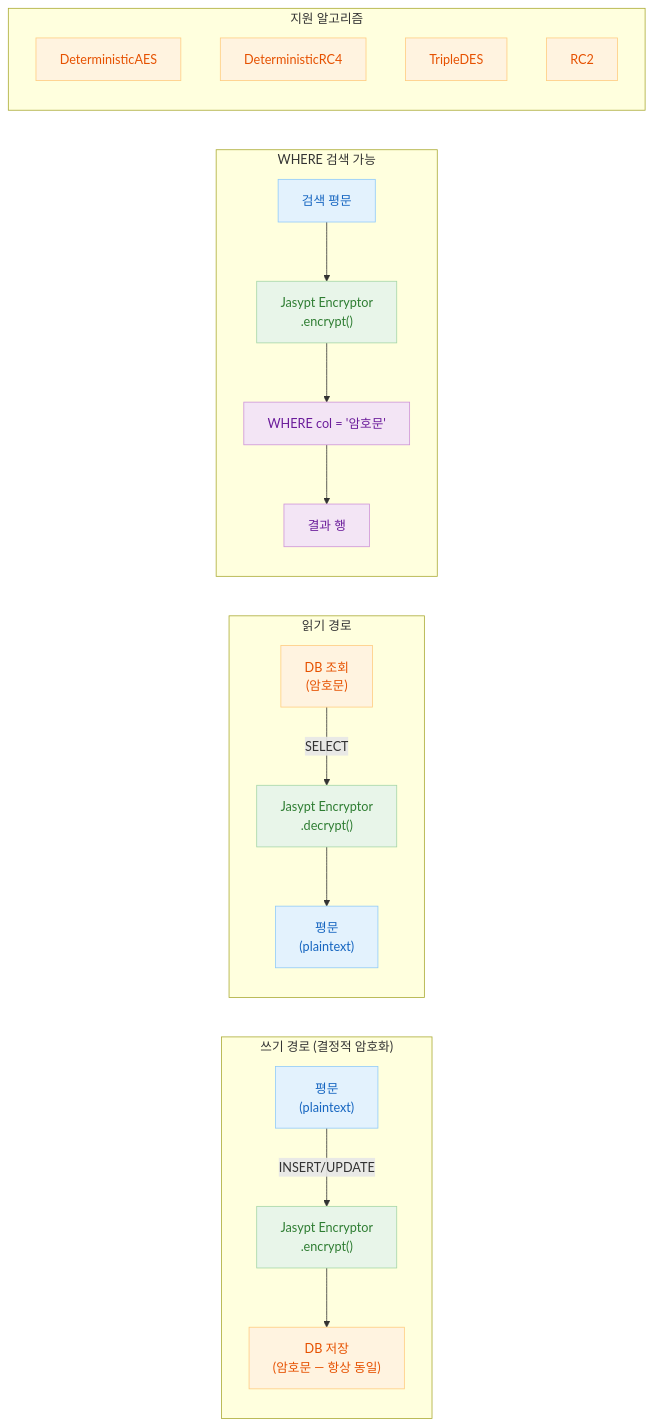
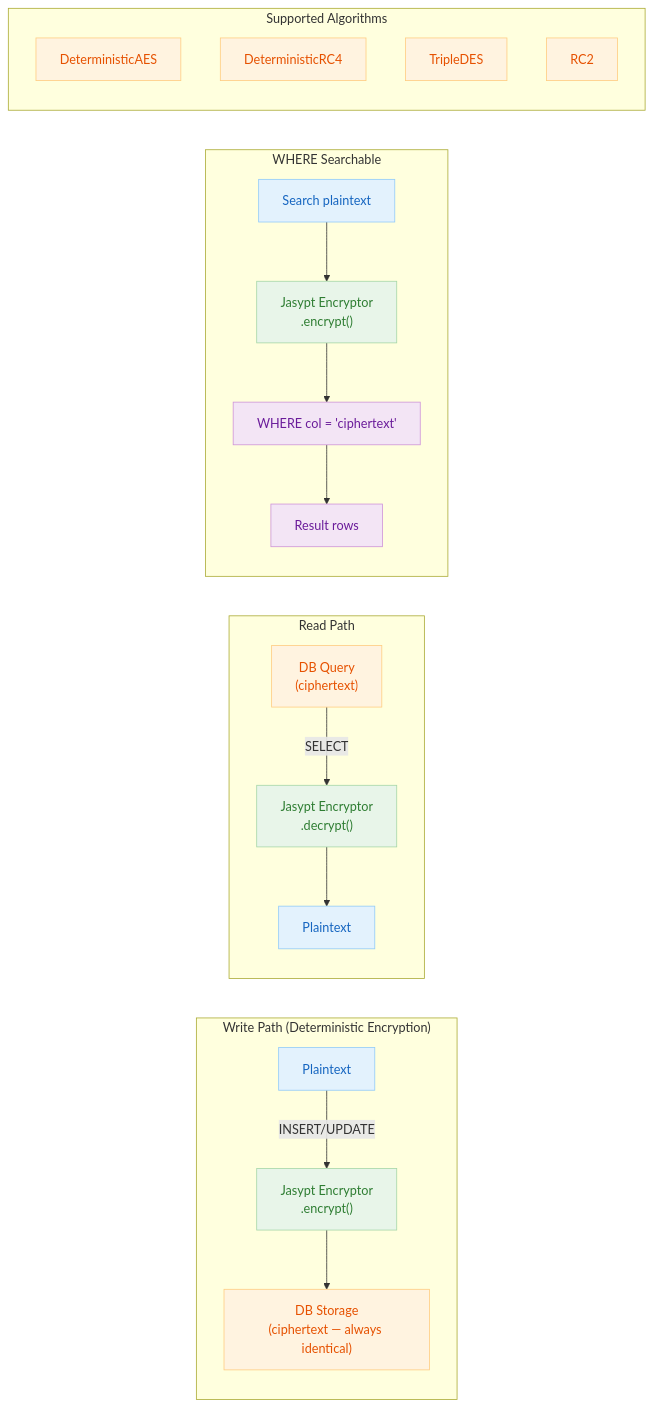
Before and after one commit to bluetape4k/exposed-workshop: the diagram in 06-advanced/10-exposed-jasypt/README.md, drawn with Mermaid. The commit also changed other lines of this file and 115 other files, not shown here.

````diff
--- a/06-advanced/10-exposed-jasypt/README.md
+++ b/06-advanced/10-exposed-jasypt/README.md
@@ -19,43 +21,43 @@
 ```mermaid
 flowchart LR
-    subgraph Write["쓰기 경로 (결정적 암호화)"]
-        PT1["평문\n(plaintext)"]
+    subgraph Write["Write Path (Deterministic Encryption)"]
+        PT1["Plaintext"]
         JENC["Jasypt Encryptor\n.encrypt()"]
-        DB_W["DB 저장\n(암호문 — 항상 동일)"]
+        DB_W["DB Storage\n(ciphertext — always identical)"]
     end
 
-    subgraph Read["읽기 경로"]
-        DB_R["DB 조회\n(암호문)"]
+    subgraph Read["Read Path"]
+        DB_R["DB Query\n(ciphertext)"]
         JDEC["Jasypt Encryptor\n.decrypt()"]
-        PT2["평문\n(plaintext)"]
+        PT2["Plaintext"]
     end
 
-    subgraph Search["WHERE 검색 가능"]
-        PT3["검색 평문"]
+    subgraph Search["WHERE Searchable"]
+        PT3["Search plaintext"]
         JENC2["Jasypt Encryptor\n.encrypt()"]
-        WHERE["WHERE col = '암호문'"]
-        RESULT["결과 행"]
+        WHERE["WHERE col = 'ciphertext'"]
+        RESULT["Result rows"]
     end
 
     PT1 -->|INSERT/UPDATE| JENC --> DB_W
     DB_R -->|SELECT| JDEC --> PT2
     PT3 --> JENC2 --> WHERE --> RESULT
 
-    subgraph Algorithms["지원 알고리즘"]
+    subgraph Algorithms["Supported Algorithms"]
         AES["DeterministicAES"]
         RC4["DeterministicRC4"]
         TDES["TripleDES"]
         RC2["RC2"]
     end
 
     classDef blue fill:#E3F2FD,stroke:#90CAF9,color:#1565C0
     classDef green fill:#E8F5E9,stroke:#A5D6A7,color:#2E7D32
     classDef orange fill:#FFF3E0,stroke:#FFCC80,color:#E65100
     classDef purple fill:#F3E5F5,stroke:#CE93D8,color:#6A1B9A
 
     class PT1,PT2,PT3 blue
     class JENC,JDEC,JENC2 green
     class DB_W,DB_R orange
     class WHERE,RESULT purple
     class AES,RC4,TDES,RC2 orange
 ```
````
